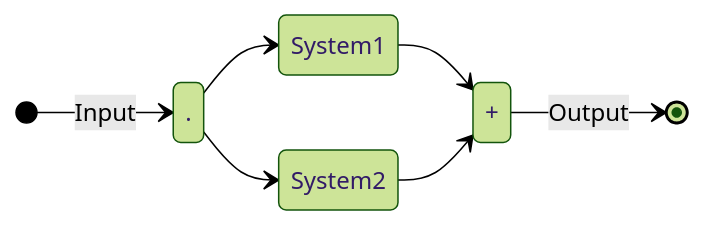
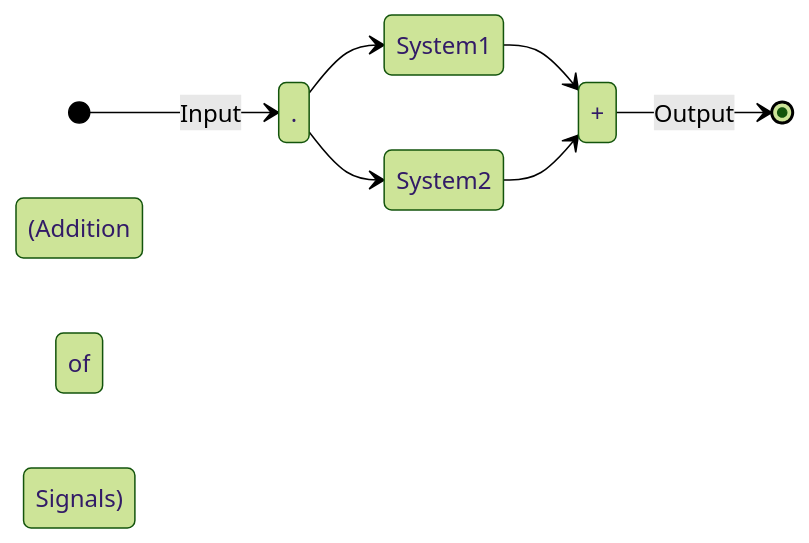
The fourth of 5 diagrams in courses/kutz/5/README.md (setrar/dsp), drawn with Mermaid (forest theme) before and after one commit.

````diff
--- a/courses/kutz/5/README.md
+++ b/courses/kutz/5/README.md
@@ -65,10 +65,10 @@
 ```mermaid
 stateDiagram-v2
     direction LR
     [*] --> . : Input
     . --> System1
     . --> System2
-    System1 --> +
-    System2 --> +
+    System1 --> + (Addition of Signals)
+    System2 --> + (Addition of Signals)
     + --> [*] : Output
 ```
````
